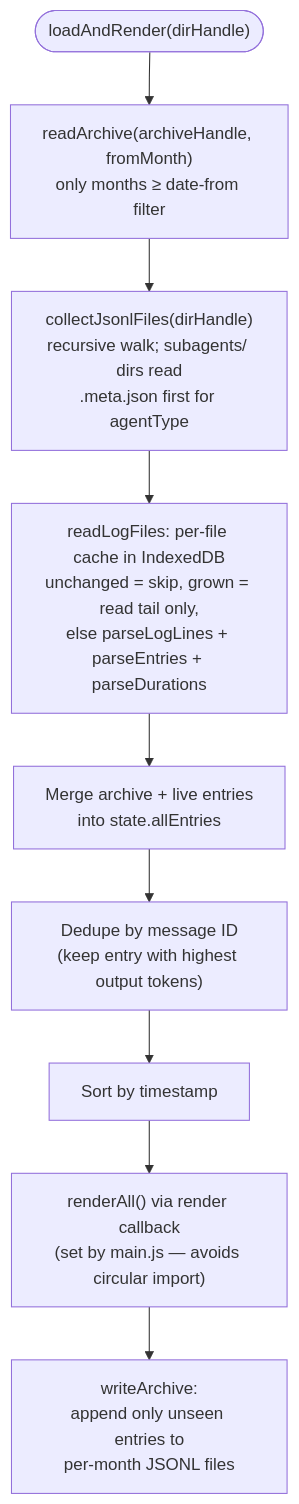
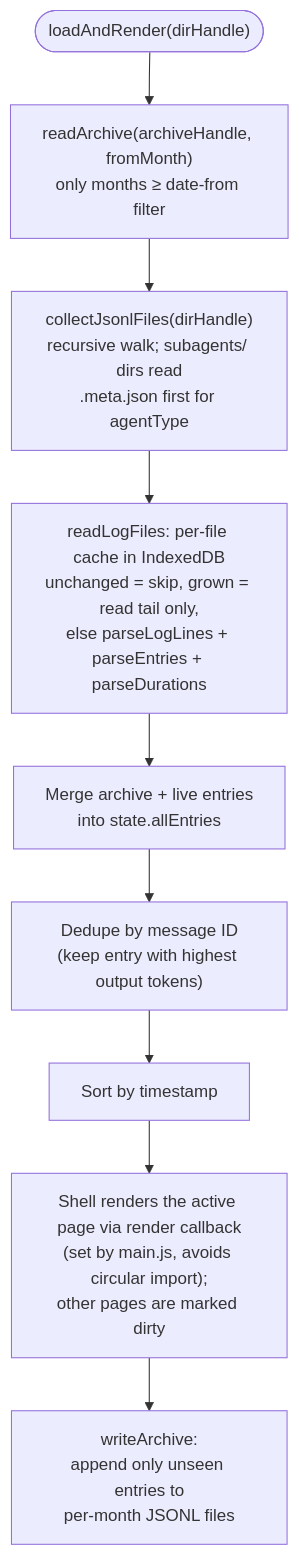
One commit to Procisz/clauditor changed the third of 5 diagrams in ARCHITECTURE.md. Above: the diagram before and after it, drawn with Mermaid. The commit also changed other lines of this file and 148 other files, not shown here.

````diff
--- a/ARCHITECTURE.md
+++ b/ARCHITECTURE.md
@@ -70,11 +71,11 @@
 ```mermaid
 flowchart TD
     a(["loadAndRender(dirHandle)"]) --> b["readArchive(archiveHandle, fromMonth)<br/>only months ≥ date-from filter"]
     b --> c["collectJsonlFiles(dirHandle)<br/>recursive walk; subagents/ dirs read<br/>.meta.json first for agentType"]
     c --> d["readLogFiles: per-file cache in IndexedDB<br/>unchanged = skip, grown = read tail only,<br/>else parseLogLines + parseEntries + parseDurations"]
     d --> e["Merge archive + live entries<br/>into state.allEntries"]
     e --> f["Dedupe by message ID<br/>(keep entry with highest output tokens)"]
     f --> g["Sort by timestamp"]
-    g --> h["renderAll() via render callback<br/>(set by main.js — avoids circular import)"]
+    g --> h["Shell renders the active page via render callback<br/>(set by main.js, avoids circular import);<br/>other pages are marked dirty"]
     h --> i["writeArchive:<br/>append only unseen entries to<br/>per-month JSONL files"]
 ```
````
